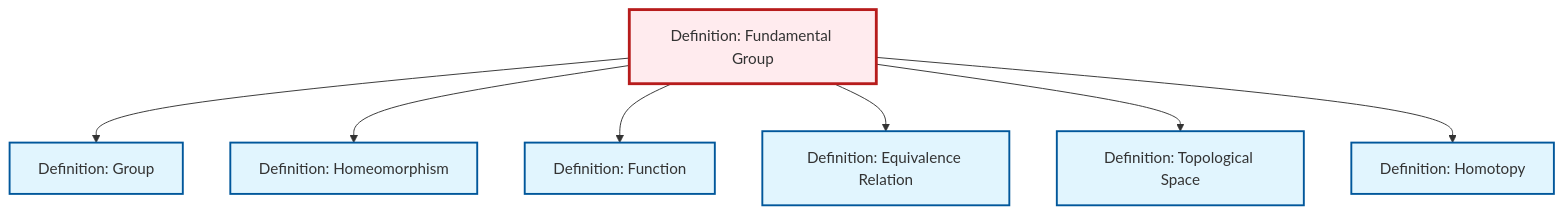
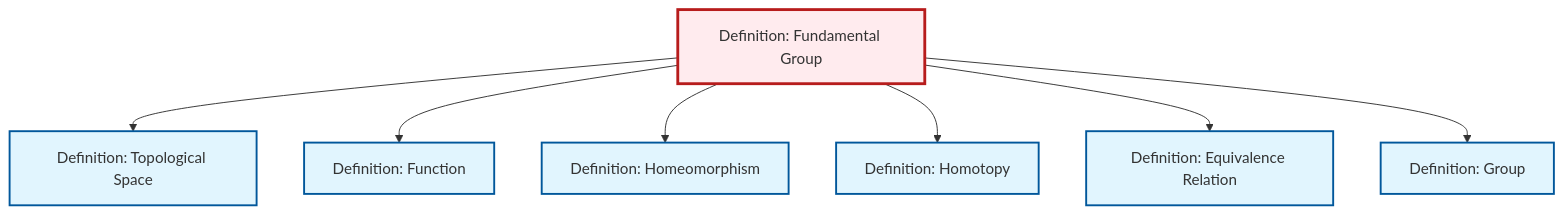
Before and after one commit to RK0429/ModernMath: the diagram in content/en/topology/def-fundamental-group.qmd, drawn with Mermaid. The commit also changed other lines of this file and 672 other files, not shown here.

````diff
--- a/content/en/topology/def-fundamental-group.qmd
+++ b/content/en/topology/def-fundamental-group.qmd
@@ -76,29 +76,29 @@
 ```{mermaid}
 %%| fig-cap: "Local dependency graph"
 graph TD
     classDef definition fill:#e1f5fe,stroke:#01579b,stroke-width:2px
     classDef theorem fill:#f3e5f5,stroke:#4a148c,stroke-width:2px
     classDef axiom fill:#fff3e0,stroke:#e65100,stroke-width:2px
     classDef example fill:#e8f5e9,stroke:#1b5e20,stroke-width:2px
     classDef current fill:#ffebee,stroke:#b71c1c,stroke-width:3px
+    def-topological-space["Definition: Topological Space"]:::definition
+    def-homeomorphism["Definition: Homeomorphism"]:::definition
+    def-function["Definition: Function"]:::definition
+    def-equivalence-relation["Definition: Equivalence Relation"]:::definition
+    def-homotopy["Definition: Homotopy"]:::definition
+    def-group["Definition: Group"]:::definition
     def-fundamental-group["Definition: Fundamental Group"]:::definition
-    def-homotopy["Definition: Homotopy"]:::definition
-    def-homeomorphism["Definition: Homeomorphism"]:::definition
-    def-equivalence-relation["Definition: Equivalence Relation"]:::definition
-    def-function["Definition: Function"]:::definition
-    def-topological-space["Definition: Topological Space"]:::definition
-    def-group["Definition: Group"]:::definition
+    def-fundamental-group --> def-topological-space
+    def-fundamental-group --> def-function
+    def-fundamental-group --> def-homeomorphism
+    def-fundamental-group --> def-homotopy
+    def-fundamental-group --> def-equivalence-relation
     def-fundamental-group --> def-group
-    def-fundamental-group --> def-homeomorphism
-    def-fundamental-group --> def-function
-    def-fundamental-group --> def-equivalence-relation
-    def-fundamental-group --> def-topological-space
-    def-fundamental-group --> def-homotopy
     class def-fundamental-group current
+    click def-topological-space "def-topological-space.html" "Go to Topological Space definition"
+    click def-homeomorphism "def-homeomorphism.html" "Go to Homeomorphism definition"
+    click def-function "def-function.html" "Go to Function definition"
+    click def-equivalence-relation "def-equivalence-relation.html" "Go to Equivalence Relation definition"
     click def-homotopy "def-homotopy.html" "Go to Homotopy definition"
-    click def-homeomorphism "def-homeomorphism.html" "Go to Homeomorphism definition"
-    click def-equivalence-relation "def-equivalence-relation.html" "Go to Equivalence Relation definition"
-    click def-function "def-function.html" "Go to Function definition"
-    click def-topological-space "def-topological-space.html" "Go to Topological Space definition"
     click def-group "def-group.html" "Go to Group definition"
 ```
````
